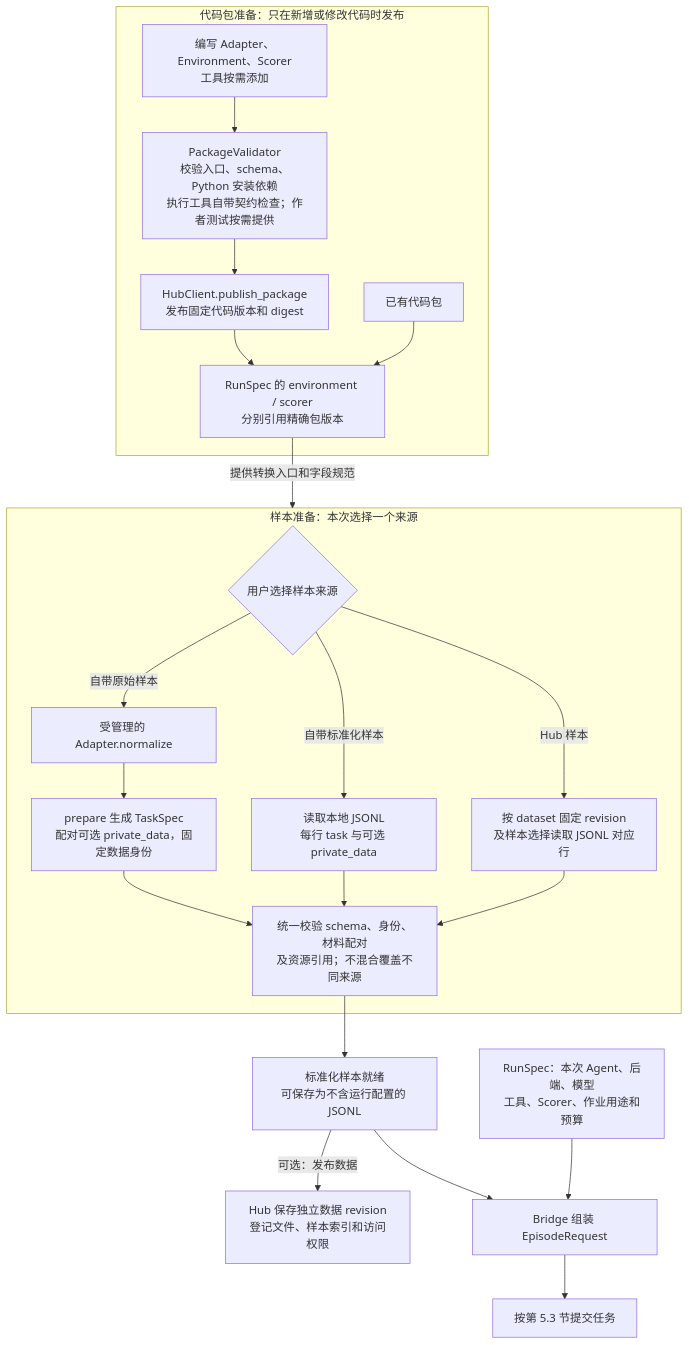
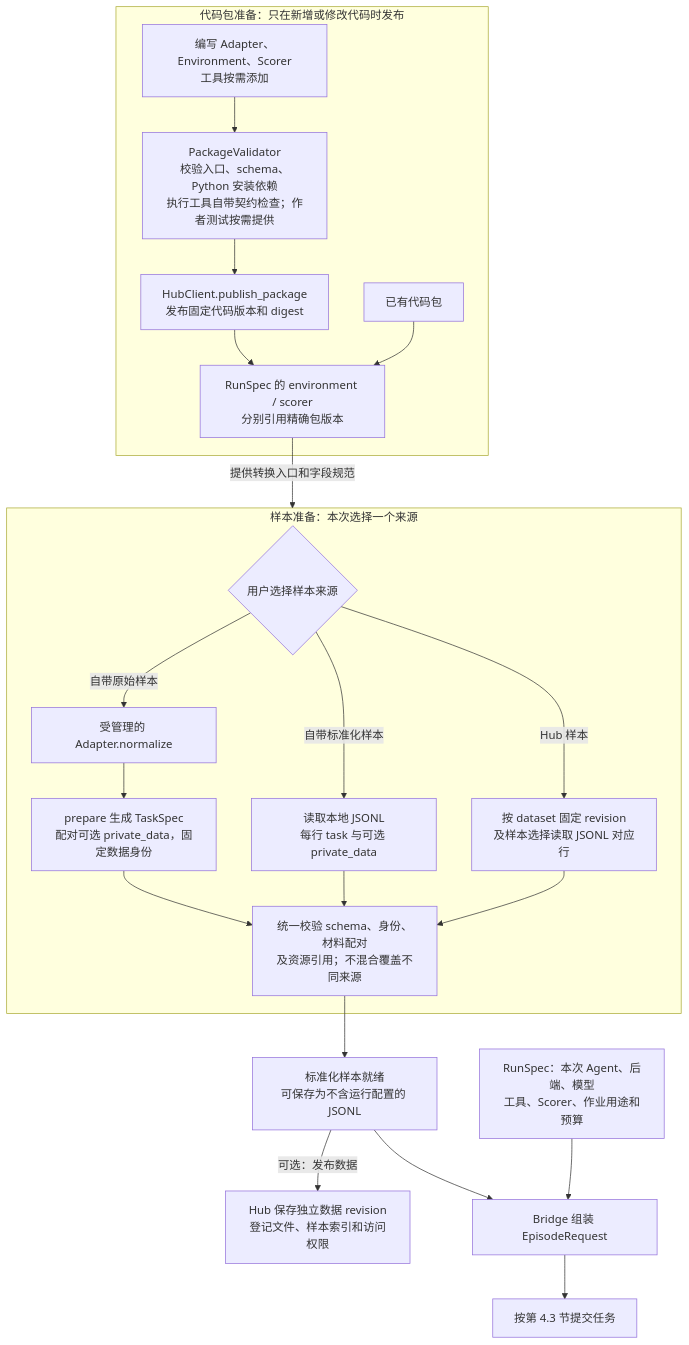
The third of 16 diagrams in docs/uenv_design.md (audreyyan1015/uenv_design), drawn with Mermaid before and after one commit. The commit also changed other lines of this file and 9 other files, not shown here.

````diff
--- a/docs/uenv_design.md
+++ b/docs/uenv_design.md
@@ -1129,25 +216,25 @@
 ```mermaid
 flowchart TB
   subgraph PACKAGE[代码包准备：只在新增或修改代码时发布]
     AUTHOR[编写 Adapter、Environment、Scorer<br/>工具按需添加] --> VALIDATE[PackageValidator<br/>校验入口、schema、Python 安装依赖<br/>执行工具自带契约检查；作者测试按需提供]
     VALIDATE --> PUBLISH[HubClient.publish_package<br/>发布固定代码版本和 digest]
     PUBLISH --> SELECT[RunSpec 的 environment / scorer<br/>分别引用精确包版本]
     EXISTING[已有代码包] --> SELECT
   end
   subgraph DATA[样本准备：本次选择一个来源]
     SOURCE{用户选择样本来源}
     SOURCE -->|自带原始样本| RAW[受管理的 Adapter.normalize]
     RAW --> PREP[prepare 生成 TaskSpec<br/>配对可选 private_data，固定数据身份]
     SOURCE -->|自带标准化样本| LOCAL[读取本地 JSONL<br/>每行 task 与可选 private_data]
     SOURCE -->|Hub 样本| HUB[按 dataset 固定 revision<br/>及样本选择读取 JSONL 对应行]
     PREP --> CHECK[统一校验 schema、身份、材料配对<br/>及资源引用；不混合覆盖不同来源]
     LOCAL --> CHECK
     HUB --> CHECK
   end
   SELECT -->|提供转换入口和字段规范| DATA
   CHECK --> READY[标准化样本就绪<br/>可保存为不含运行配置的 JSONL]
   READY -->|可选：发布数据| SAVE[Hub 保存独立数据 revision<br/>登记文件、样本索引和访问权限]
   READY --> BUILD[Bridge 组装 EpisodeRequest]
   RUN[RunSpec：本次 Agent、后端、模型<br/>工具、Scorer、作业用途和预算] --> BUILD
-  BUILD --> SUBMIT[按第 5.3 节提交任务]
+  BUILD --> SUBMIT[按第 4.3 节提交任务]
 ```
````
